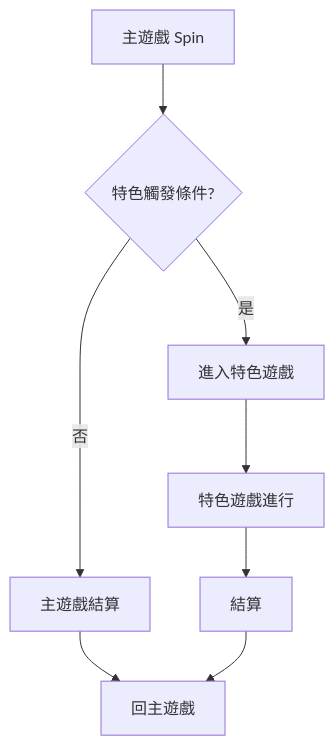
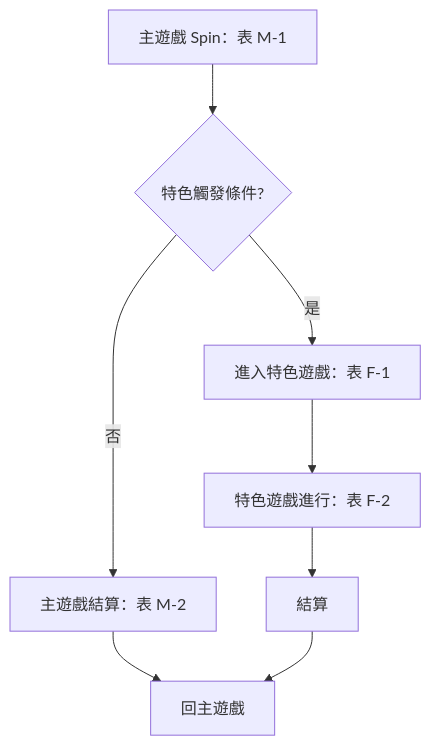
The diagram in ark-game-prob/assets/prob-spec.template.md (igs-paddyyang-tw/ark-agent-skills), drawn with Mermaid before and after one commit. The commit also changed other lines of this file and 18 other files, not shown here.

````diff
--- a/ark-game-prob/assets/prob-spec.template.md
+++ b/ark-game-prob/assets/prob-spec.template.md
@@ -48,10 +90,10 @@
 ```mermaid
 flowchart TD
-    A[主遊戲 Spin] --> B{特色觸發條件?}
-    B -->|否| C[主遊戲結算]
-    B -->|是| D[進入特色遊戲]
-    D --> E[特色遊戲進行]
+    A[主遊戲 Spin：表 M-1] --> B{特色觸發條件?}
+    B -->|否| C[主遊戲結算：表 M-2]
+    B -->|是| D[進入特色遊戲：表 F-1]
+    D --> E[特色遊戲進行：表 F-2]
     E --> F[結算]
     C --> G[回主遊戲]
     F --> G
 ```
````
